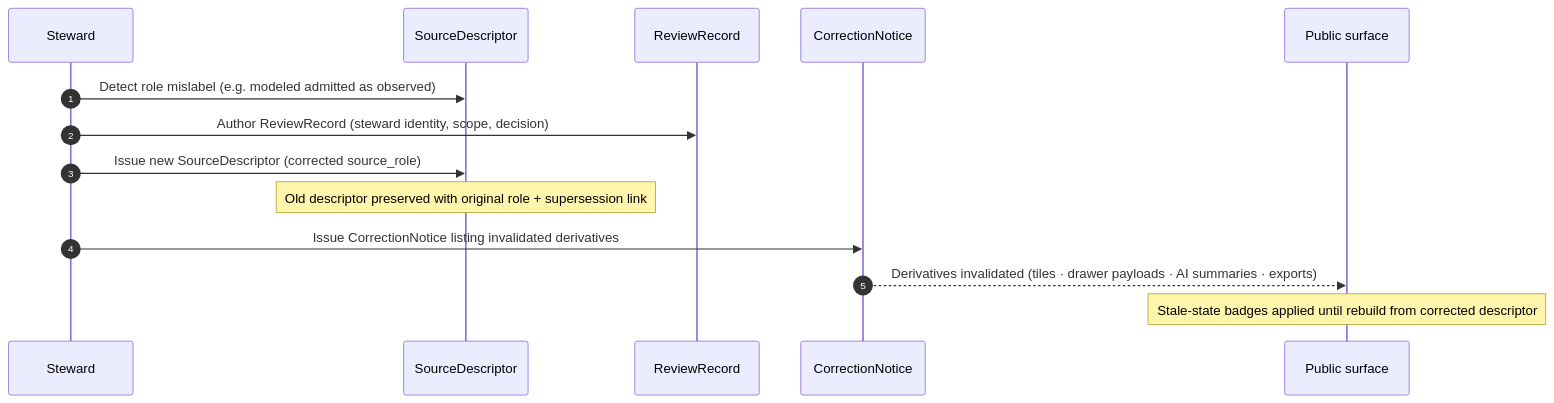
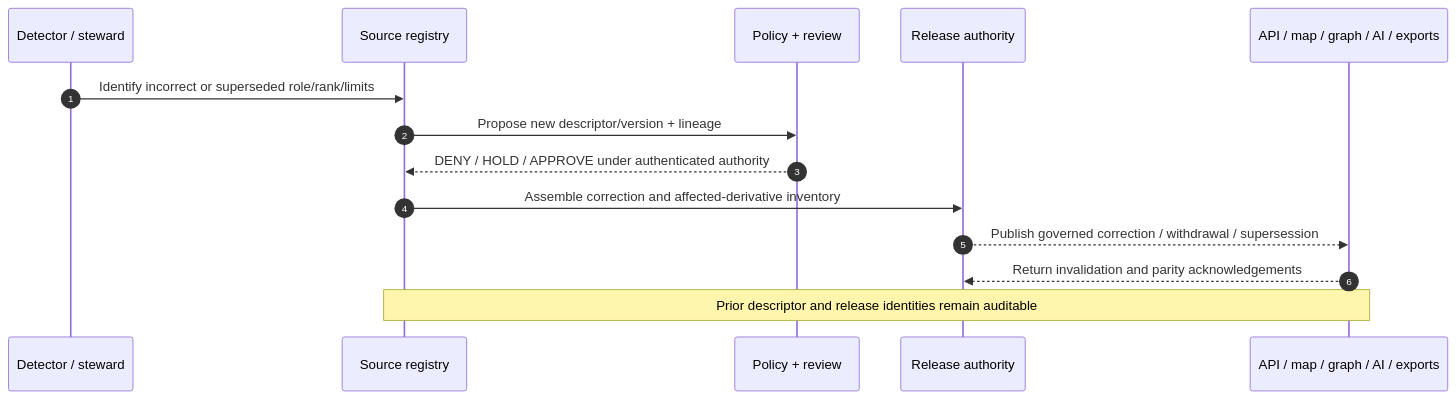
Before and after one commit to bartytime4life/Kansas-Frontier-Matrix: the second of 3 diagrams in docs/architecture/source-role-anti-collapse.md, drawn with Mermaid. The commit also changed other lines of this file, not shown here.

Commit message:
docs(architecture): ground source-role anti-collapse architecture

````diff
--- a/docs/architecture/source-role-anti-collapse.md
+++ b/docs/architecture/source-role-anti-collapse.md
@@ -473,17 +777,17 @@
 ```mermaid
 sequenceDiagram
   autonumber
-  participant S as Steward
-  participant D as SourceDescriptor
-  participant R as ReviewRecord
-  participant C as CorrectionNotice
-  participant Pub as Public surface
+  participant Detector as Detector / steward
+  participant Registry as Source registry
+  participant Policy as Policy + review
+  participant Release as Release authority
+  participant Consumers as API / map / graph / AI / exports
 
-  S->>D: Detect role mislabel (e.g. modeled admitted as observed)
-  S->>R: Author ReviewRecord (steward identity, scope, decision)
-  S->>D: Issue new SourceDescriptor (corrected source_role)
-  Note over D: Old descriptor preserved with original role + supersession link
-  S->>C: Issue CorrectionNotice listing invalidated derivatives
-  C-->>Pub: Derivatives invalidated (tiles · drawer payloads · AI summaries · exports)
-  Note over Pub: Stale-state badges applied until rebuild from corrected descriptor
+  Detector->>Registry: Identify incorrect or superseded role/rank/limits
+  Registry->>Policy: Propose new descriptor/version + lineage
+  Policy-->>Registry: DENY / HOLD / APPROVE under authenticated authority
+  Registry->>Release: Assemble correction and affected-derivative inventory
+  Release-->>Consumers: Publish governed correction / withdrawal / supersession
+  Consumers-->>Release: Return invalidation and parity acknowledgements
+  Note over Registry,Consumers: Prior descriptor and release identities remain auditable
 ```
````
